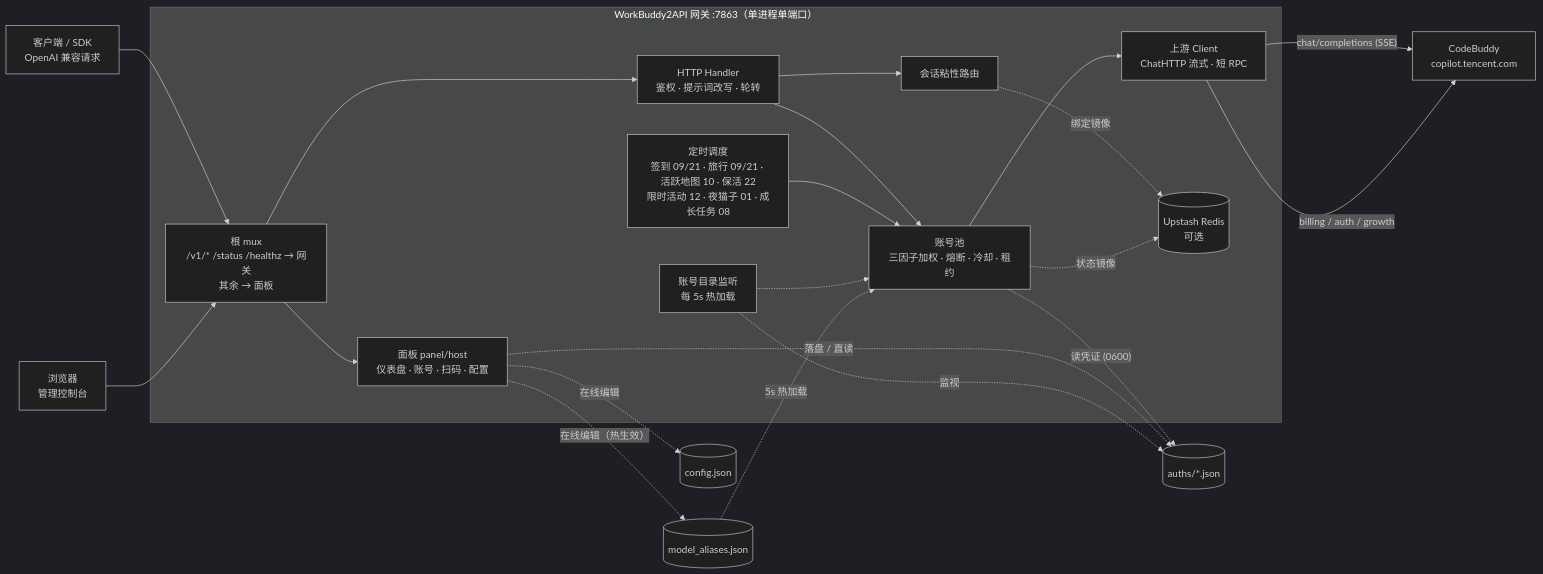
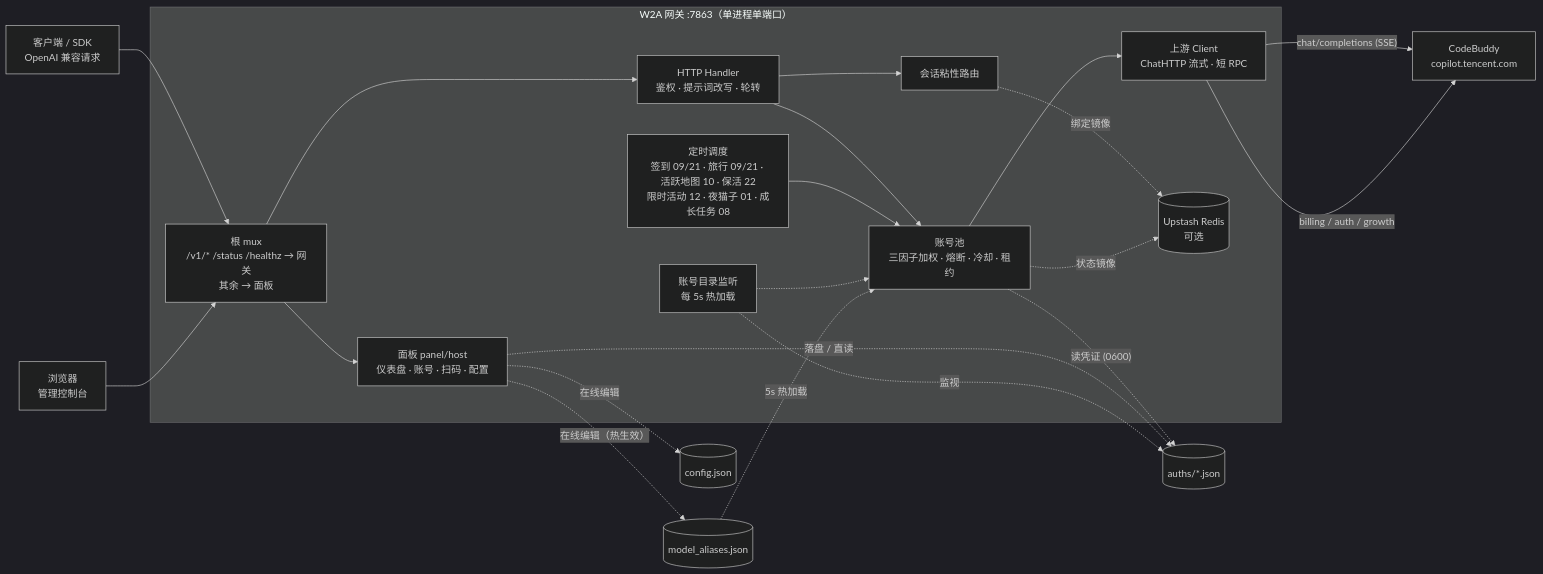
The diagram in README.md (sofs2005/w2a), drawn with Mermaid (dark theme) before and after one commit. The commit also changed other lines of this file and 46 other files, not shown here.

````diff
--- a/README.md
+++ b/README.md
@@ -260,28 +260,28 @@
 ```mermaid
 flowchart LR
     Client["客户端 / SDK\nOpenAI 兼容请求"] --> ROOT
     Browser["浏览器\n管理控制台"] --> ROOT
 
-    subgraph GWI["WorkBuddy2API 网关 :7863（单进程单端口）"]
+    subgraph GWI["W2A 网关 :7863（单进程单端口）"]
         ROOT["根 mux\n/v1/* /status /healthz → 网关\n其余 → 面板"] --> H
         ROOT --> PANEL
         H["HTTP Handler\n鉴权 · 提示词改写 · 轮转"] --> P
         H --> S
         P["账号池\n三因子加权 · 熔断 · 冷却 · 租约"] --> U
         S["会话粘性路由"] -.绑定镜像.-> REDIS
         T["定时调度\n签到 09/21 · 旅行 09/21 · 活跃地图 10 · 保活 22\n限时活动 12 · 夜猫子 01 · 成长任务 08"] --> P
         U["上游 Client\nChatHTTP 流式 · 短 RPC"]
         PANEL["面板 panel/host\n仪表盘 · 账号 · 扫码 · 配置"]
         W["账号目录监听\n每 5s 热加载"] -.-> P
     end
 
     P -. "读凭证 (0600)" .-> AUTH[("auths/*.json")]
     PANEL -. "落盘 / 直读" .-> AUTH
     PANEL -. "在线编辑" .-> CFG[("config.json")]
     W -. "监视" .-> AUTH
     ALIAS[("model_aliases.json")] -. "5s 热加载" .-> P
     PANEL -. "在线编辑（热生效）" .-> ALIAS
     P -. "状态镜像" .-> REDIS[("Upstash Redis\n可选")]
     U -->|"chat/completions (SSE)"| CB["CodeBuddy\ncopilot.tencent.com"]
     U -->|"billing / auth / growth"| CB
 ```
````
